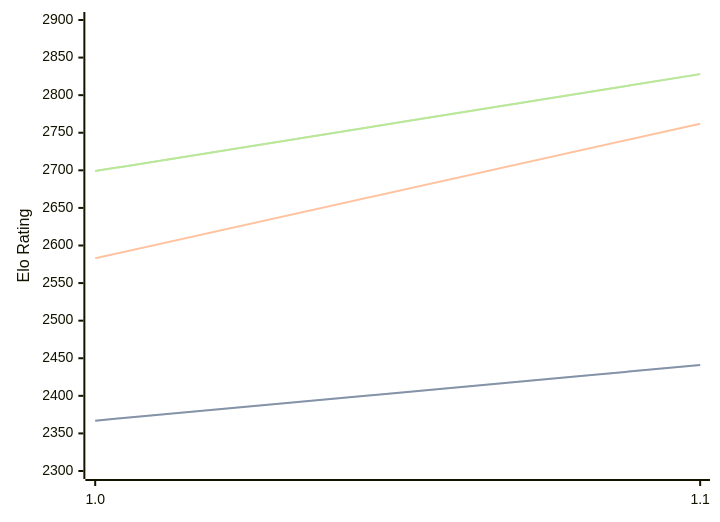
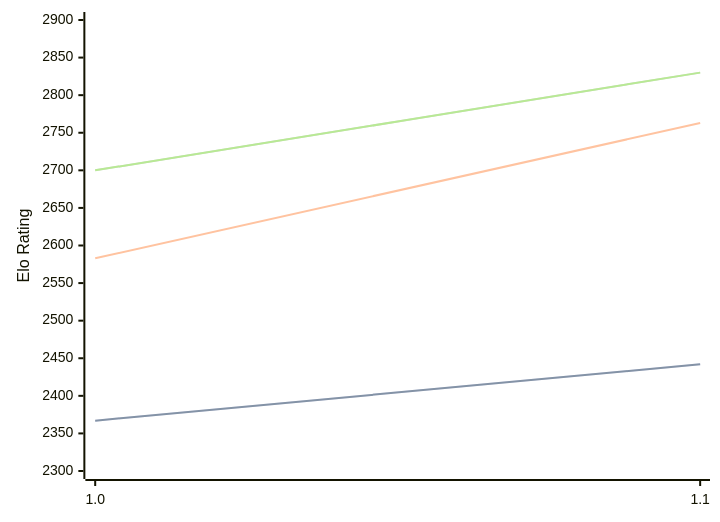
One commit to computer-chess-index/cci changed the diagram in engines/FoxChess.md. Above: the diagram before and after it, drawn with Mermaid. The commit also changed other lines of this file, not shown here.

Commit message:
Update CCI Ratings (ELO VLTC) - 2026-05-06

````diff
--- a/engines/FoxChess.md
+++ b/engines/FoxChess.md
@@ -32,11 +32,11 @@
 ```mermaid
 %%{init: {"theme":"base","themeVariables":{"seriesColors:['#a3a3a3','#222221','#faa371']}}}%%
 xychart-beta
   x-axis ["1.0", "1.1"]
   y-axis "Elo Rating" 2300 --> 2900
-  line "STC (8.0+0.08s)" [2367, 2441]
-  line "STC (8.0+0.08s)" [2367, 2441]
-  line "LTC (60.0+0.60s)" [2583, 2762]
-  line "VLTC (2m24s+1.12s)" [2699, 2828]
-  line "VLTC (2m24s+1.12s)" [2699, 2828]
+  line "STC (8.0+0.08s)" [2367, 2442]
+  line "STC (8.0+0.08s)" [2367, 2442]
+  line "LTC (60.0+0.60s)" [2583, 2763]
+  line "VLTC (2m24s+1.12s)" [2700, 2830]
+  line "VLTC (2m24s+1.12s)" [2700, 2830]
 ```
````
